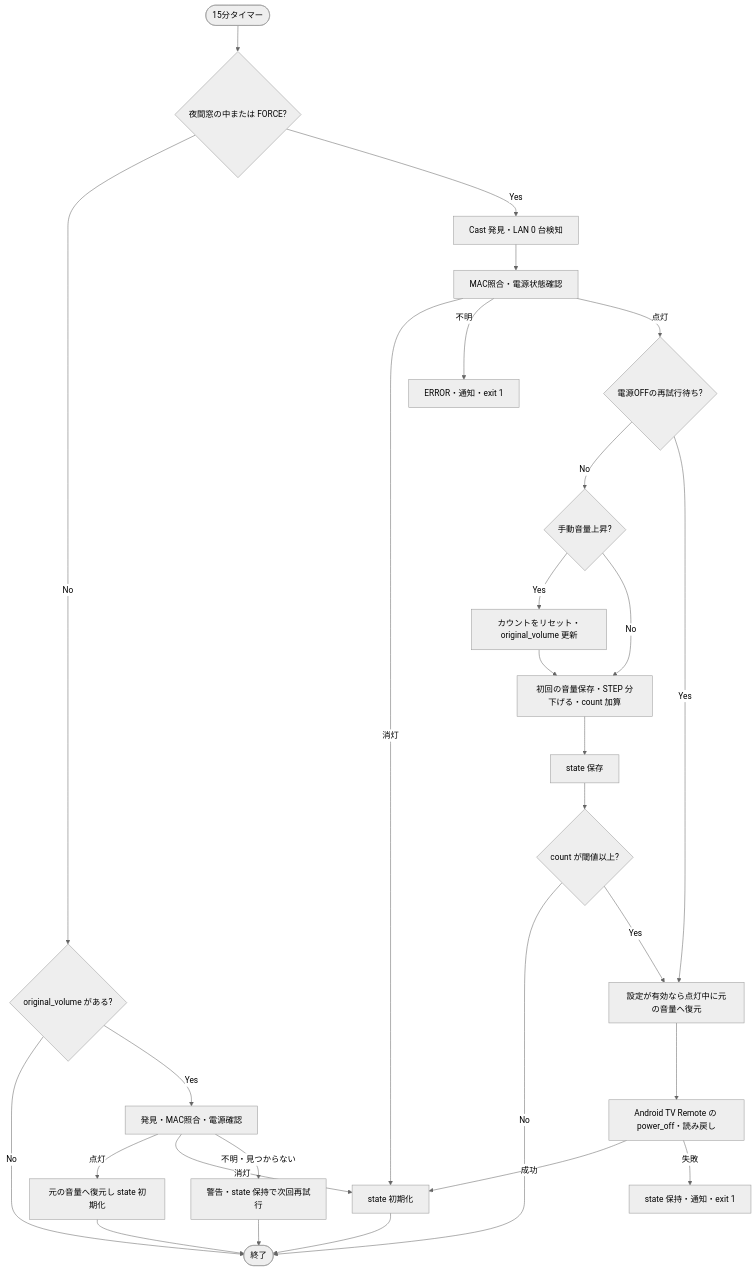
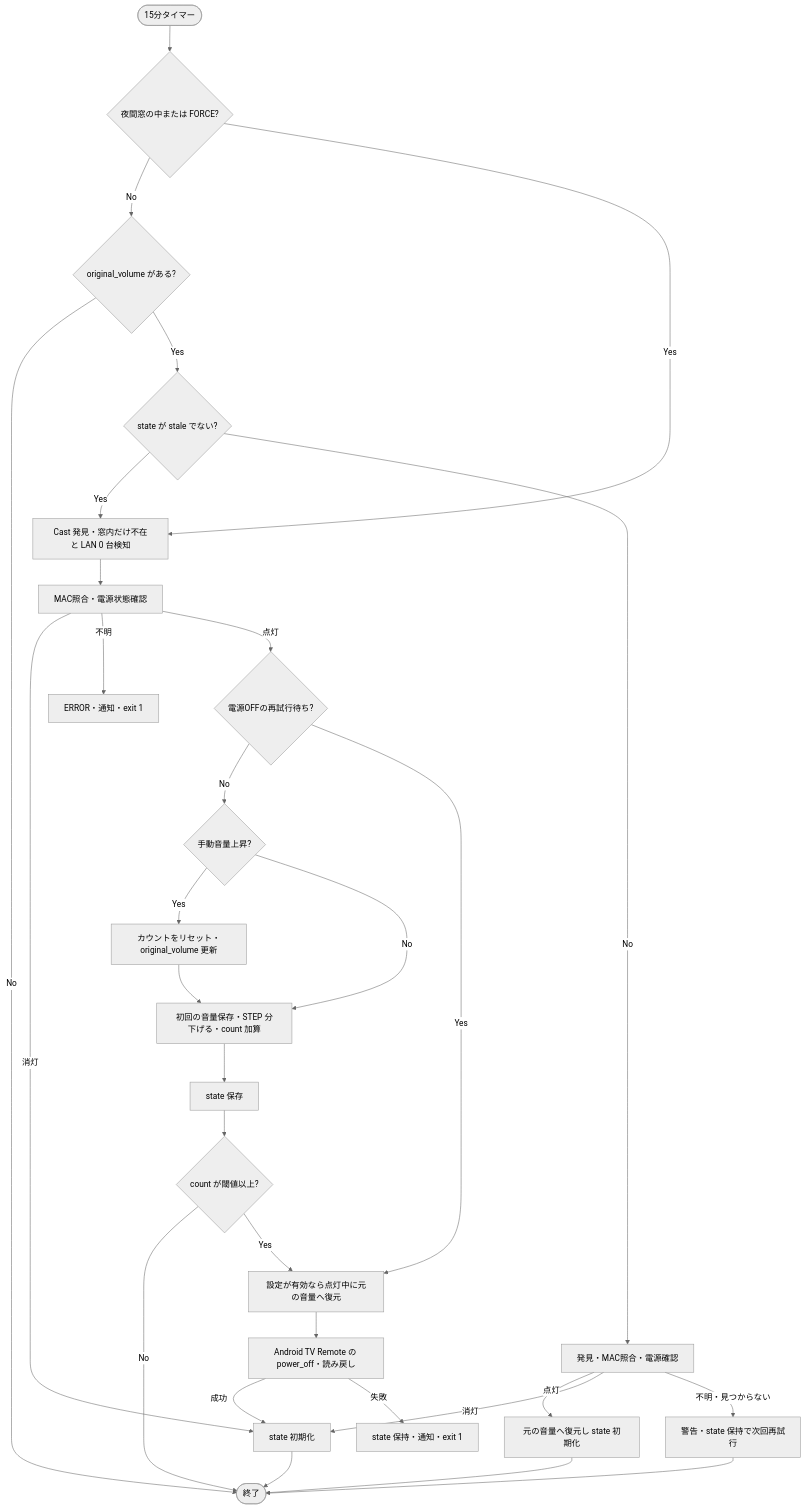
One commit to noricha-vr/nemucast changed the diagram in README.md. Above: the diagram before and after it, drawn with Mermaid (neutral theme). The commit also changed other lines of this file and 10 other files, not shown here.

````diff
--- a/README.md
+++ b/README.md
@@ -138,30 +142,32 @@
 ```mermaid
 flowchart TD
     Start([15分タイマー]) --> Night{夜間窓の中または FORCE?}
     Night -->|No| Session{original_volume がある?}
     Session -->|No| End([終了])
-    Session -->|Yes| Cleanup[発見・MAC照合・電源確認]
+    Session -->|Yes| Fresh{state が stale でない?}
+    Fresh -->|Yes| Discover
+    Fresh -->|No| Cleanup[発見・MAC照合・電源確認]
     Cleanup -->|点灯| RestoreCleanup[元の音量へ復元し state 初期化]
     Cleanup -->|消灯| Clear[state 初期化]
     Cleanup -->|不明・見つからない| Defer[警告・state 保持で次回再試行]
     RestoreCleanup --> End
     Clear --> End
     Defer --> End
-    Night -->|Yes| Discover[Cast 発見・LAN 0 台検知]
+    Night -->|Yes| Discover[Cast 発見・窓内だけ不在と LAN 0 台検知]
     Discover --> Power[MAC照合・電源状態確認]
     Power -->|消灯| Clear
     Power -->|不明| Error[ERROR・通知・exit 1]
     Power -->|点灯| Pending{電源OFFの再試行待ち?}
     Pending -->|No| Manual{手動音量上昇?}
     Manual -->|Yes| Reset[カウントをリセット・original_volume 更新]
     Manual -->|No| Lower
     Reset --> Lower[初回の音量保存・STEP 分下げる・count 加算]
     Lower --> Save[state 保存]
     Save --> Threshold{count が閾値以上?}
     Threshold -->|No| End
     Pending -->|Yes| Restore
     Threshold -->|Yes| Restore[設定が有効なら点灯中に元の音量へ復元]
     Restore --> Off[Android TV Remote の power_off・読み戻し]
     Off -->|成功| Clear
     Off -->|失敗| Fail[state 保持・通知・exit 1]
 ```
````
